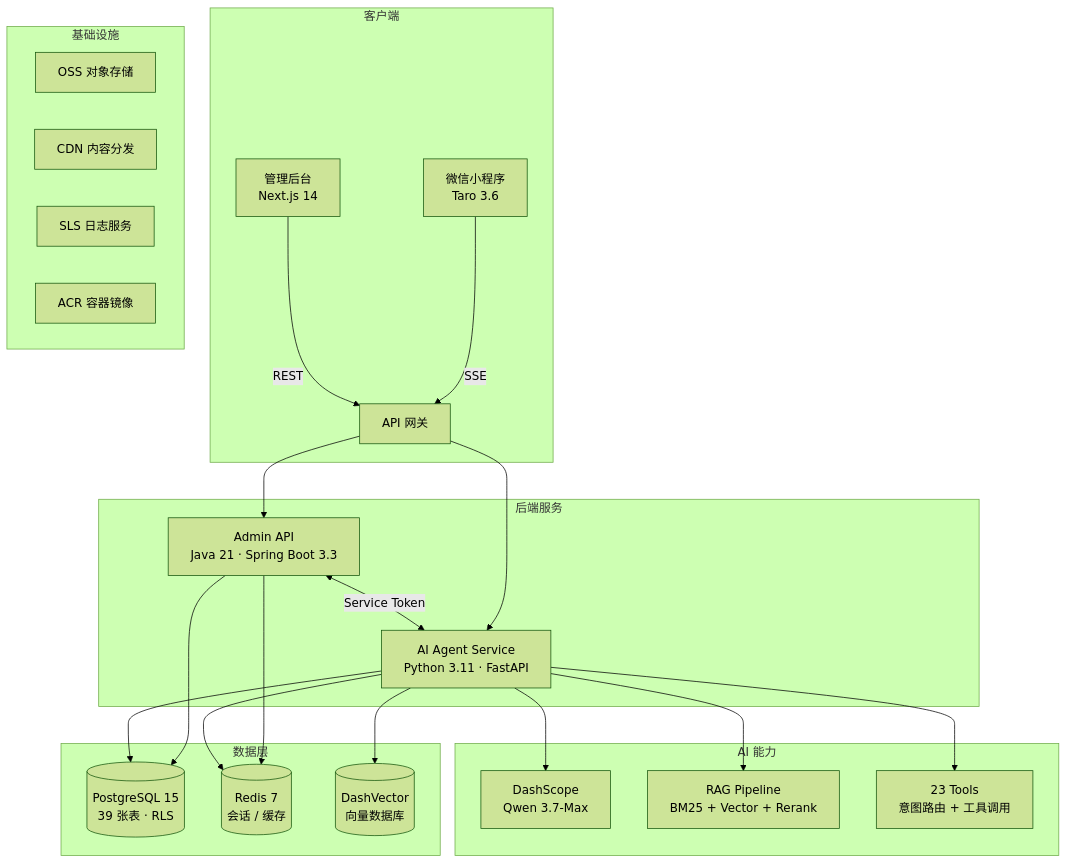
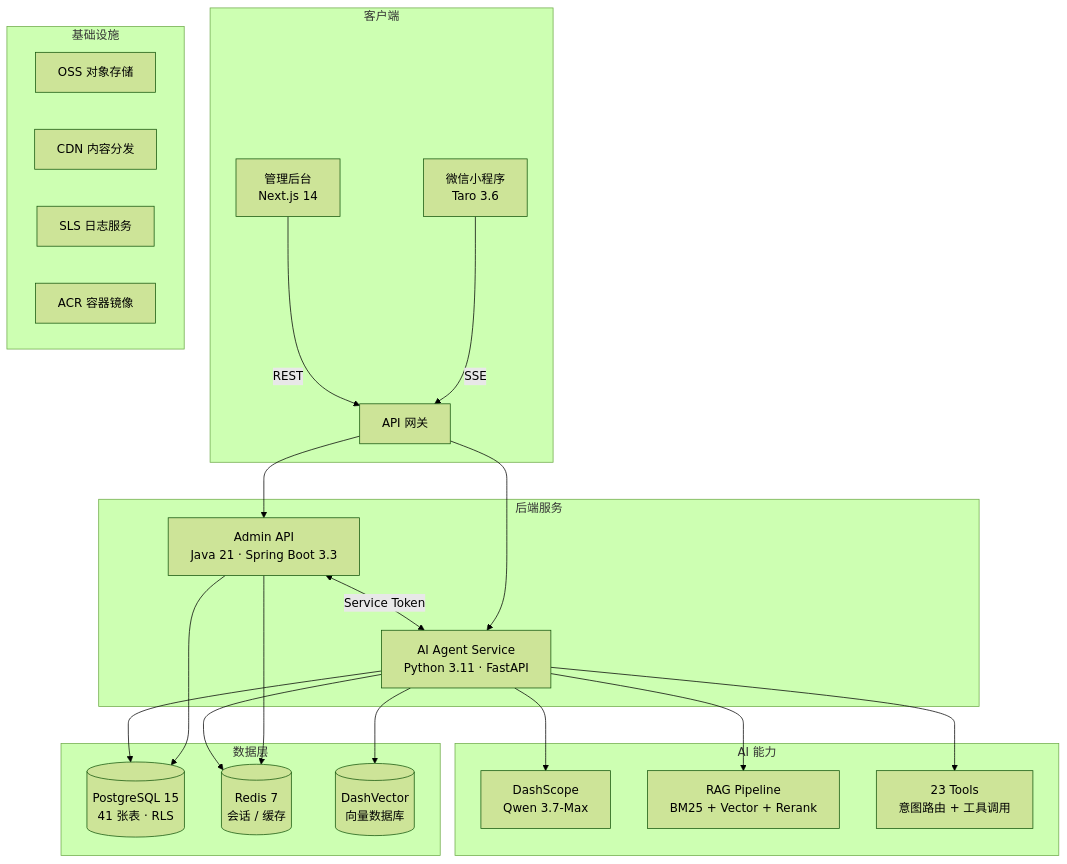
The diagram in README.md (zhaokai-mgzn/migao), drawn with Mermaid (forest theme) before and after one commit. The commit also changed other lines of this file and 70 other files, not shown here.

````diff
--- a/README.md
+++ b/README.md
@@ -18,34 +18,34 @@
 ```mermaid
 graph TB
     subgraph 客户端
         A[微信小程序<br/>Taro 3.6] --> |SSE| GW[API 网关]
         B[管理后台<br/>Next.js 14] --> |REST| GW
     end
 
     subgraph 后端服务
         GW --> C[Admin API<br/>Java 21 · Spring Boot 3.3]
         GW --> D[AI Agent Service<br/>Python 3.11 · FastAPI]
         C <--> |Service Token| D
     end
 
     subgraph 数据层
-        C --> E[(PostgreSQL 15<br/>39 张表 · RLS)]
+        C --> E[(PostgreSQL 15<br/>41 张表 · RLS)]
         C --> F[(Redis 7<br/>会话 / 缓存)]
         D --> E
         D --> F
         D --> G[(DashVector<br/>向量数据库)]
     end
 
     subgraph AI 能力
         D --> H[DashScope<br/>Qwen 3.7-Max]
         D --> I[RAG Pipeline<br/>BM25 + Vector + Rerank]
         D --> J[23 Tools<br/>意图路由 + 工具调用]
     end
 
     subgraph 基础设施
         K[OSS 对象存储]
         L[CDN 内容分发]
         M[SLS 日志服务]
         N[ACR 容器镜像]
     end
 ```
````
